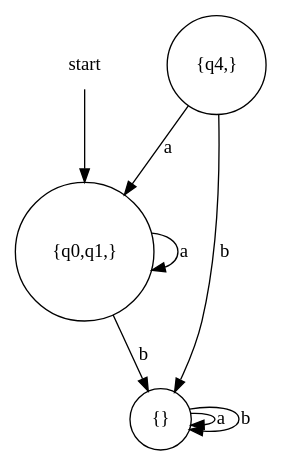
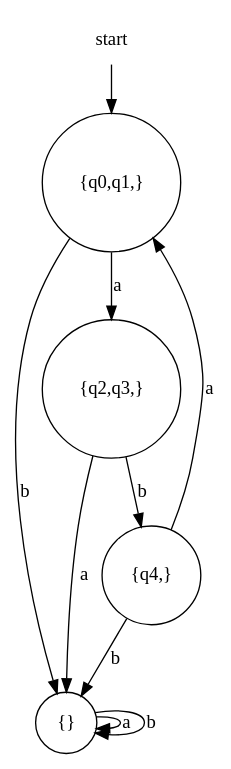
One commit to evertheylen/TA_TO changed the diagram in Helix/testbestanden/eNFA-DFA/output1.dot. Above: the diagram before and after it, drawn with Graphviz. The commit also changed 20 other files, not shown here.

```diff
--- a/Helix/testbestanden/eNFA-DFA/output1.dot
+++ b/Helix/testbestanden/eNFA-DFA/output1.dot
@@ -1,11 +1,13 @@
 digraph automaton {
     node [shape=none]; start;
     node [shape=circle];
     start -> "{q0,q1,}";
-    "{q0,q1,}" -> "{q0,q1,}" [label="a"];
+    "{q0,q1,}" -> "{q2,q3,}" [label="a"];
     "{q0,q1,}" -> "{}" [label="b"];
+    "{q2,q3,}" -> "{}" [label="a"];
+    "{q2,q3,}" -> "{q4,}" [label="b"];
     "{}" -> "{}" [label="a"];
     "{}" -> "{}" [label="b"];
     "{q4,}" -> "{q0,q1,}" [label="a"];
     "{q4,}" -> "{}" [label="b"];
 }
```
